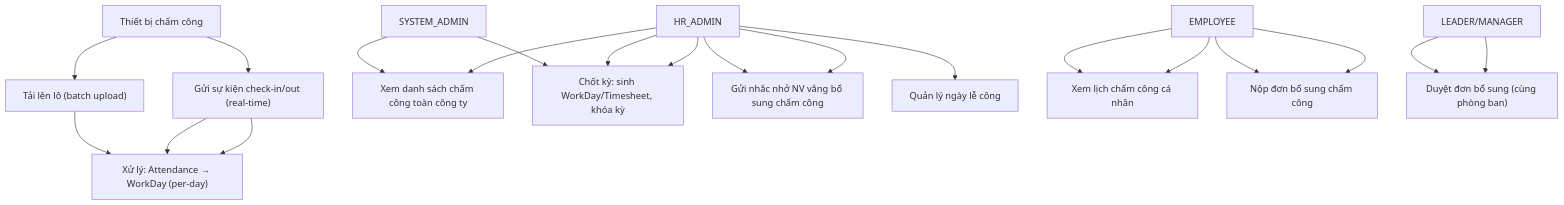
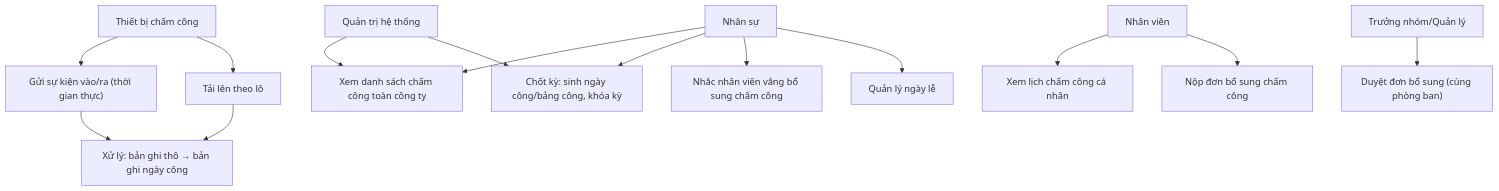
One commit to NBachTH/HRMS changed the third of 19 diagrams in docs/DATN_20204812_NguyenThanhBach/DATN_20204812_NguyenThanhBach.md. Above: the diagram before and after it, drawn with Mermaid. The commit also changed other lines of this file, not shown here.

````diff
--- a/docs/DATN_20204812_NguyenThanhBach/DATN_20204812_NguyenThanhBach.md
+++ b/docs/DATN_20204812_NguyenThanhBach/DATN_20204812_NguyenThanhBach.md
@@ -240,22 +231,16 @@
 ```mermaid
 graph TD
-    DEV["Thiết bị chấm công"] --> A["Gửi sự kiện check-in/out (real-time)"]
-    DEV --> B["Tải lên lô (batch upload)"]
-    A --> C["Xử lý: Attendance → WorkDay (per-day)"]
-    A --> C["Xử lý: Attendance → WorkDay (per-day)"]
+    DEV["Thiết bị chấm công"] --> A["Gửi sự kiện vào/ra (thời gian thực)"]
+    DEV --> B["Tải lên theo lô"]
+    A --> C["Xử lý: bản ghi thô → bản ghi ngày công"]
     B --> C
-    HR["HR_ADMIN"] --> D["Xem danh sách chấm công toàn công ty"]
-    HR --> F["Chốt kỳ: sinh WorkDay/Timesheet, khóa kỳ"]
-    HR --> N["Gửi nhắc nhở NV vắng bổ sung chấm công"]
-    HR --> F["Chốt kỳ: sinh WorkDay/Timesheet, khóa kỳ"]
-    HR --> N["Gửi nhắc nhở NV vắng bổ sung chấm công"]
-    HR --> G["Quản lý ngày lễ công"]
-    EMP["EMPLOYEE"] --> H["Xem lịch chấm công cá nhân"]
+    HR["Nhân sự"] --> D["Xem danh sách chấm công toàn công ty"]
+    HR --> F["Chốt kỳ: sinh ngày công/bảng công, khóa kỳ"]
+    HR --> N["Nhắc nhân viên vắng bổ sung chấm công"]
+    HR --> G["Quản lý ngày lễ"]
+    EMP["Nhân viên"] --> H["Xem lịch chấm công cá nhân"]
     EMP --> I["Nộp đơn bổ sung chấm công"]
-    MGR["LEADER/MANAGER"] --> J["Duyệt đơn bổ sung (cùng phòng ban)"]
-    EMP["EMPLOYEE"] --> H["Xem lịch chấm công cá nhân"]
-    EMP --> I["Nộp đơn bổ sung chấm công"]
-    MGR["LEADER/MANAGER"] --> J["Duyệt đơn bổ sung (cùng phòng ban)"]
-    SYS["SYSTEM_ADMIN"] --> D
+    MGR["Trưởng nhóm/Quản lý"] --> J["Duyệt đơn bổ sung (cùng phòng ban)"]
+    SYS["Quản trị hệ thống"] --> D
     SYS --> F
 ```
````
